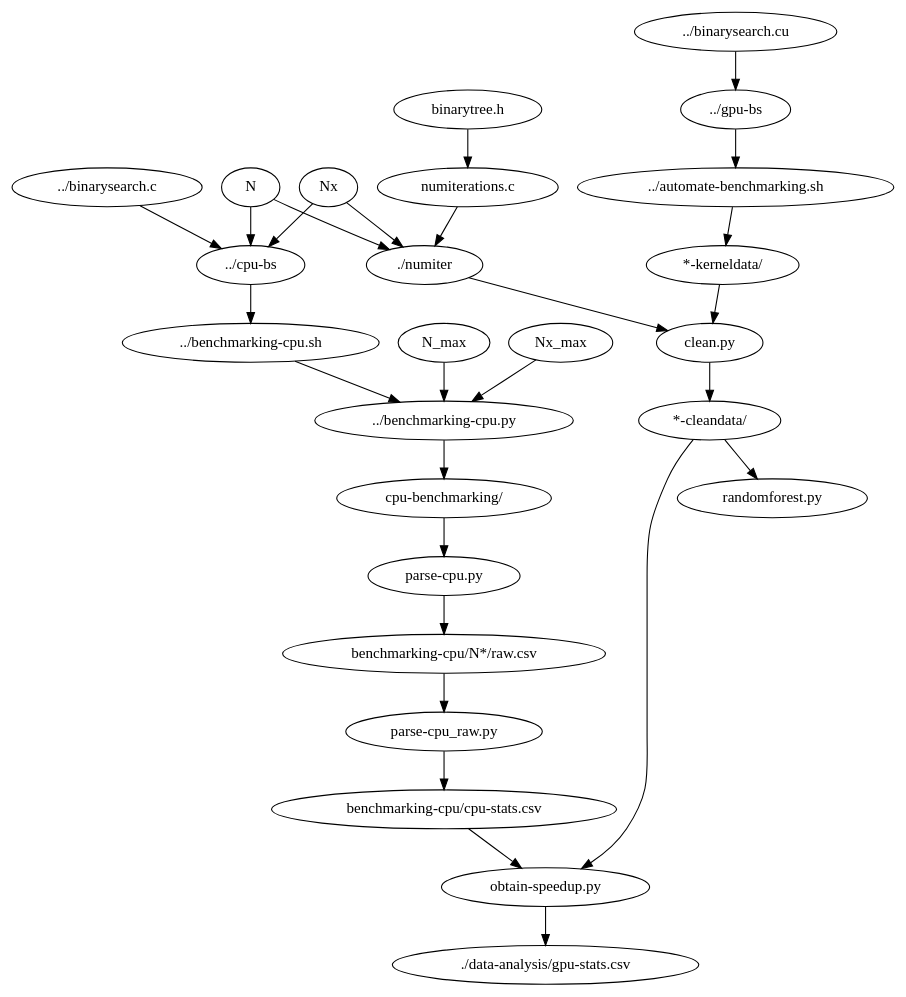
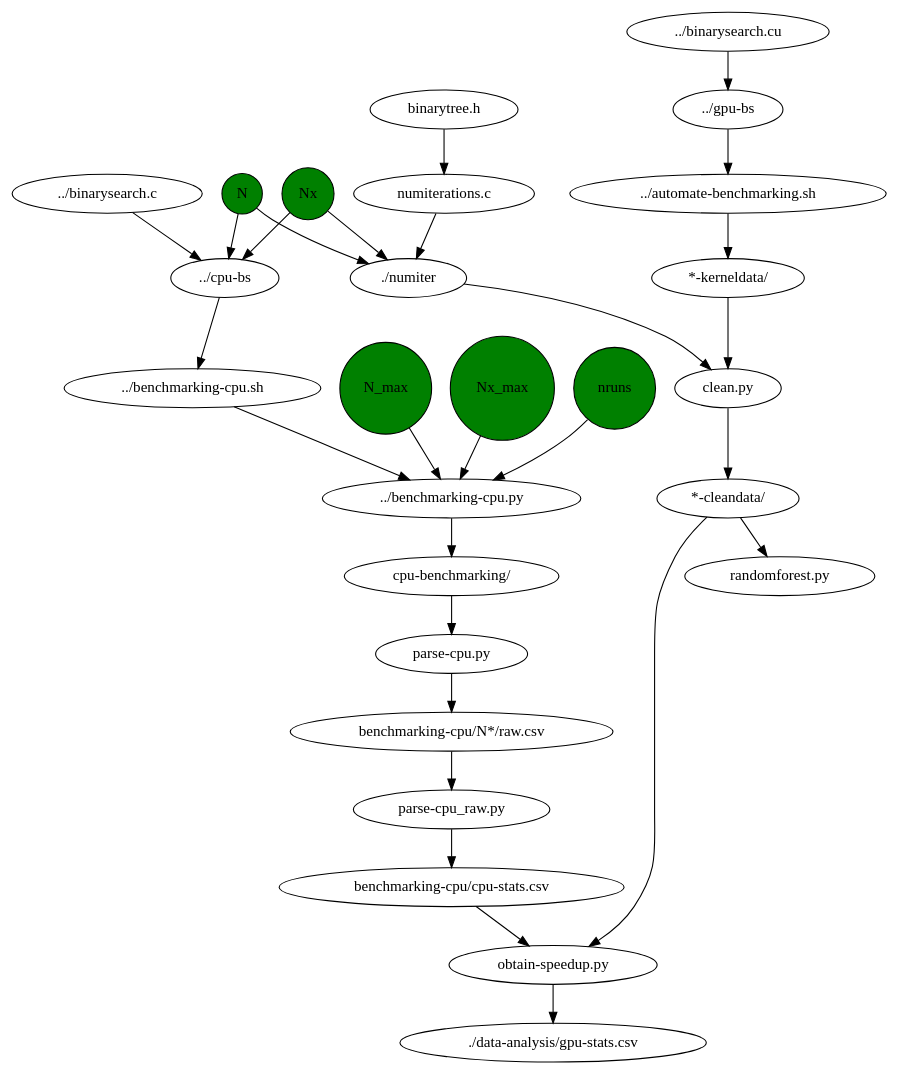
One commit to russellmatt66/GPU-samples changed the diagram in BinarySearch/machine-learning/project.gv. Above: the diagram before and after it, drawn with Graphviz. The commit also changed 3 other files, not shown here.

```diff
--- a/BinarySearch/machine-learning/project.gv
+++ b/BinarySearch/machine-learning/project.gv
@@ -1,28 +1,34 @@
 digraph RandomForest {
     "*-kerneldata/" -> "clean.py";
     "../binarysearch.cu" -> "../gpu-bs";
     "../gpu-bs" -> "../automate-benchmarking.sh";
     "../automate-benchmarking.sh" -> "*-kerneldata/";
     "../binarysearch.c" -> "../cpu-bs";
     "../cpu-bs" -> "../benchmarking-cpu.sh";
     "../benchmarking-cpu.sh" -> "../benchmarking-cpu.py";
     "../benchmarking-cpu.py" -> "cpu-benchmarking/";
     "cpu-benchmarking/" -> "parse-cpu.py";
     "parse-cpu.py" -> "benchmarking-cpu/N*/raw.csv";
     "benchmarking-cpu/N*/raw.csv" -> "parse-cpu_raw.py";
     "parse-cpu_raw.py" -> "benchmarking-cpu/cpu-stats.csv";
     "benchmarking-cpu/cpu-stats.csv" -> "obtain-speedup.py";
     "binarytree.h" -> "numiterations.c";
     "numiterations.c" -> "./numiter";
     "N" -> "./numiter";
     "Nx" -> "./numiter";
     "N" -> "../cpu-bs";
     "Nx" -> "../cpu-bs";
     "N_max" -> "../benchmarking-cpu.py";
     "Nx_max" -> "../benchmarking-cpu.py";
+    "nruns" -> "../benchmarking-cpu.py";
     "./numiter" -> "clean.py";
     "clean.py" -> "*-cleandata/";
     "*-cleandata/" -> "obtain-speedup.py";
     "*-cleandata/" -> "randomforest.py"
     "obtain-speedup.py" -> "./data-analysis/gpu-stats.csv"
+    "N" [shape=circle, style=filled, fillcolor=green]
+    "Nx" [shape=circle, style=filled, fillcolor=green]
+    "N_max" [shape=circle, style=filled, fillcolor=green]
+    "Nx_max" [shape=circle, style=filled, fillcolor=green]
+    "nruns" [shape=circle, style=filled, fillcolor=green]
 }
```
